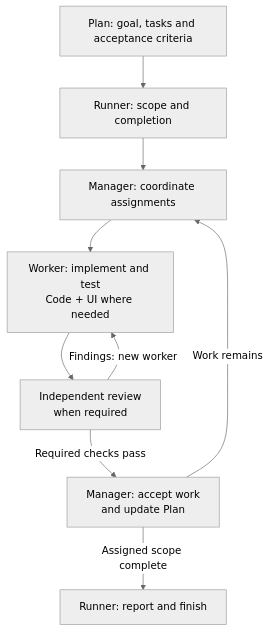
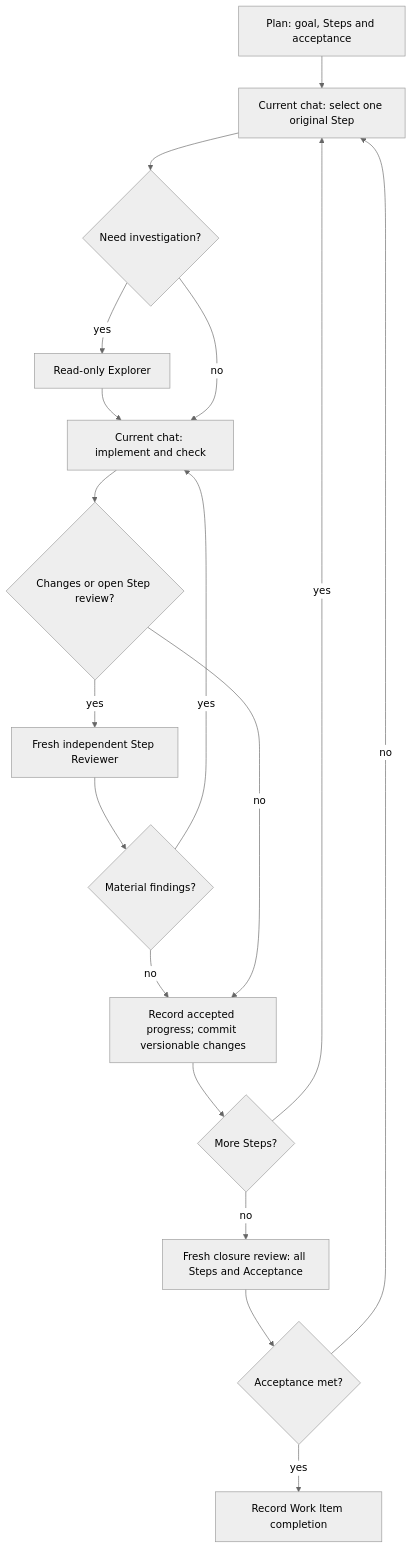
One commit to benjaminstelzer/BenjaminStelzer changed the diagram in README.md. Above: the diagram before and after it, drawn with Mermaid (neutral theme). The commit also changed other lines of this file, not shown here.

````diff
--- a/README.md
+++ b/README.md
@@ -40,11 +35,20 @@
 ```mermaid
 flowchart TD
-    P["Plan: goal, tasks and acceptance criteria"] --> N["Runner: scope and completion"]
-    N --> C["Manager: coordinate assignments"]
-    C --> W["Worker: implement and test<br/>Code + UI where needed"]
-    W --> R["Independent review<br/>when required"]
-    R -->|Findings: new worker| W
-    R -->|Required checks pass| A["Manager: accept work<br/>and update Plan"]
-    A -->|Work remains| C
-    A -->|Assigned scope complete| D["Runner: report and finish"]
+  plan["Plan: goal, Steps and acceptance"] --> select["Current chat: select one original Step"]
+  select --> inquiry{"Need investigation?"}
+  inquiry -->|yes| explore["Read-only Explorer"]
+  explore --> implement["Current chat: implement and check"]
+  inquiry -->|no| implement
+  implement --> needed{"Changes or open Step review?"}
+  needed -->|yes| review["Fresh independent Step Reviewer"]
+  review --> findings{"Material findings?"}
+  findings -->|yes| implement
+  findings -->|no| record["Record accepted progress; commit versionable changes"]
+  needed -->|no| record
+  record --> more{"More Steps?"}
+  more -->|yes| select
+  more -->|no| closure["Fresh closure review: all Steps and Acceptance"]
+  closure --> accepted{"Acceptance met?"}
+  accepted -->|no| select
+  accepted -->|yes| done["Record Work Item completion"]
 ```
````
